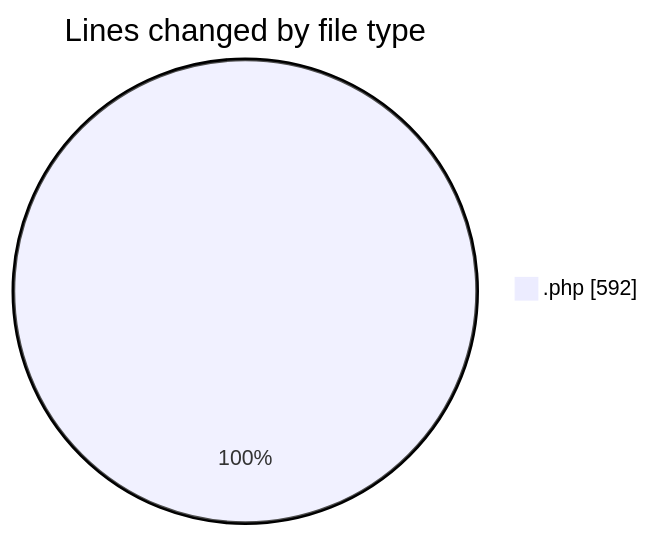
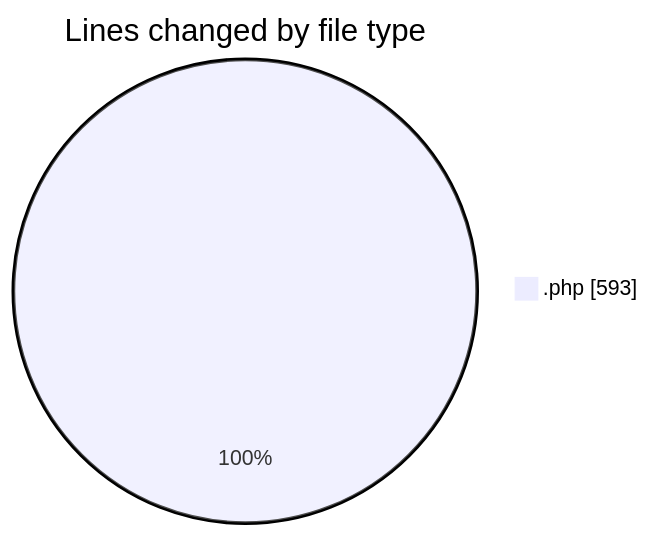
The first of 2 diagrams in 2025-11-04/web/README.md (LanceThiago/code-tracking), drawn with Mermaid before and after one commit. The commit also changed other lines of this file and 1 other file, not shown here.

````diff
--- a/2025-11-04/web/README.md
+++ b/2025-11-04/web/README.md
@@ -28,5 +28,5 @@
 ```mermaid
 pie showData
 title Lines changed by file type
-".php" : 592
+".php" : 593
 ```
````
